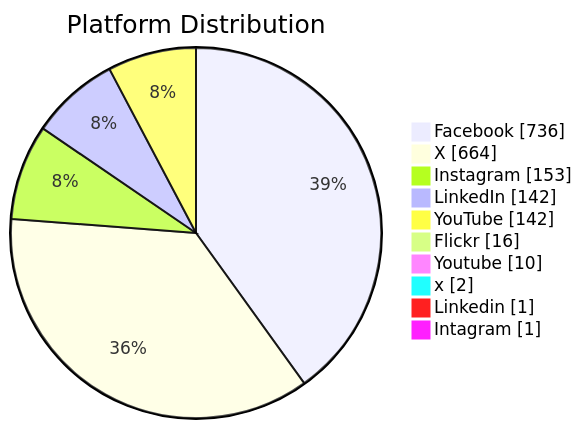
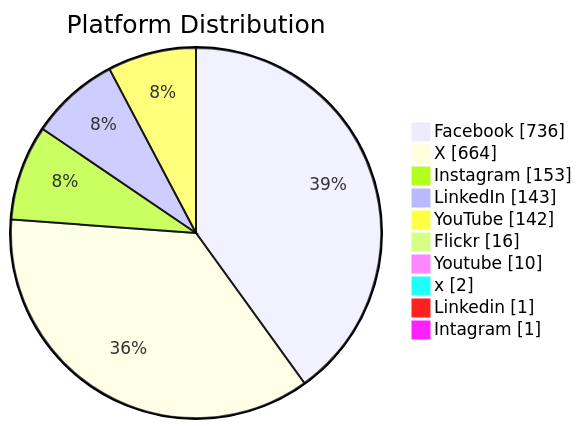
The second of 6 diagrams in README.md (PatLittle/GC-Socials), drawn with Mermaid before and after one commit. The commit also changed other lines of this file, not shown here.

Commit message:
Update README with Platform Distribution pie chart

````diff
--- a/README.md
+++ b/README.md
@@ -58,13 +59,13 @@
 ```mermaid
 pie showData title Platform Distribution
     "Facebook": 736
     "X": 664
     "Instagram": 153
-    "LinkedIn": 142
+    "LinkedIn": 143
     "YouTube": 142
     "Flickr": 16
     "Youtube": 10
     "x": 2
     "Linkedin": 1
     "Intagram": 1
 ```
````
